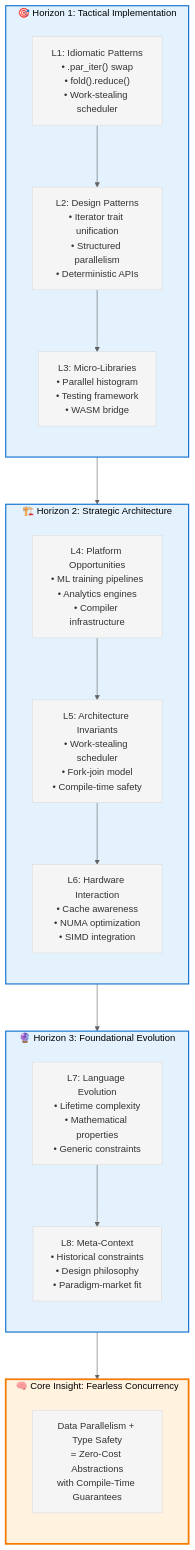
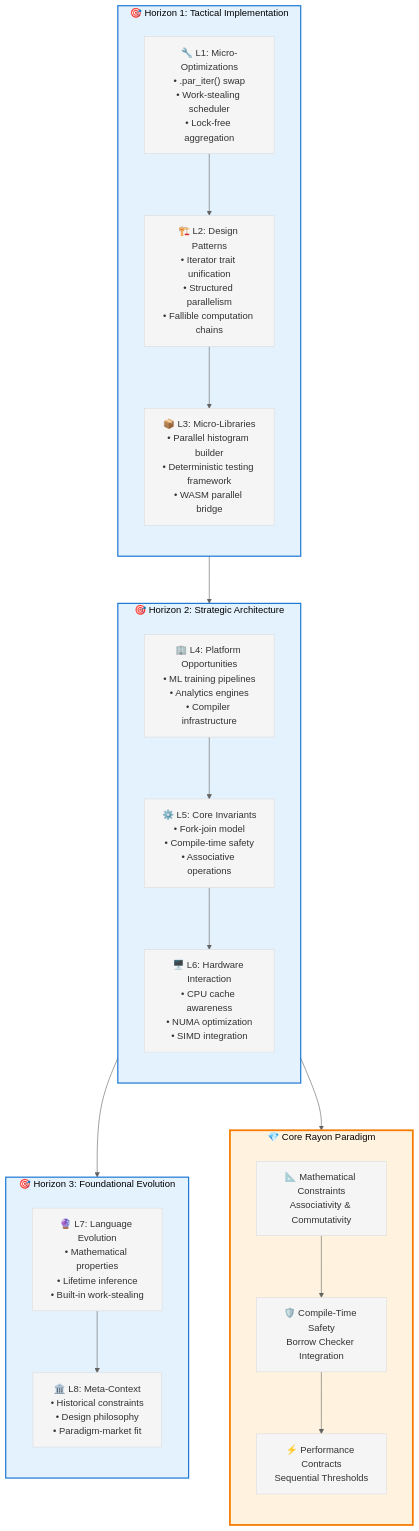
One commit to that-in-rust/pensieve-local-llm-server changed the diagram in gringotts/WorkArea/INGEST_20250930104957_300_6.md. Above: the diagram before and after it, drawn with Mermaid. The commit also changed other lines of this file and 5 other files, not shown here.

````diff
--- a/gringotts/WorkArea/INGEST_20250930104957_300_6.md
+++ b/gringotts/WorkArea/INGEST_20250930104957_300_6.md
@@ -107,60 +109,62 @@
 ```mermaid
 %%{init: {
   "theme": "base",
   "themeVariables": {
     "primaryColor": "#F5F5F5",
     "secondaryColor": "#E0E0E0",
     "lineColor": "#616161",
     "textColor": "#212121",
     "fontSize": "16px",
     "fontFamily": "Helvetica, Arial, sans-serif"
   },
   "flowchart": {
     "nodeSpacing": 70,
     "rankSpacing": 80,
     "wrappingWidth": 160,
     "curve": "basis"
   },
   "useMaxWidth": false
 }}%%
 
 flowchart TD
     subgraph H1 ["🎯 Horizon 1: Tactical Implementation"]
         direction TB
-        L1["L1: Idiomatic Patterns<br/>• .par_iter() swap<br/>• fold().reduce()<br/>• Work-stealing scheduler"]
-        L2["L2: Design Patterns<br/>• Iterator trait unification<br/>• Structured parallelism<br/>• Deterministic APIs"]
-        L3["L3: Micro-Libraries<br/>• Parallel histogram<br/>• Testing framework<br/>• WASM bridge"]
+        L1["🔧 L1: Micro-Optimizations<br/>• .par_iter() swap<br/>• Work-stealing scheduler<br/>• Lock-free aggregation"]
+        L2["🏗️ L2: Design Patterns<br/>• Iterator trait unification<br/>• Structured parallelism<br/>• Fallible computation chains"]
+        L3["📦 L3: Micro-Libraries<br/>• Parallel histogram builder<br/>• Deterministic testing framework<br/>• WASM parallel bridge"]
         L1 --> L2 --> L3
     end
 
-    subgraph H2 ["🏗️ Horizon 2: Strategic Architecture"]
+    subgraph H2 ["🎯 Horizon 2: Strategic Architecture"]
         direction TB
-        L4["L4: Platform Opportunities<br/>• ML training pipelines<br/>• Analytics engines<br/>• Compiler infrastructure"]
-        L5["L5: Architecture Invariants<br/>• Work-stealing scheduler<br/>• Fork-join model<br/>• Compile-time safety"]
-        L6["L6: Hardware Interaction<br/>• Cache awareness<br/>• NUMA optimization<br/>• SIMD integration"]
+        L4["🏢 L4: Platform Opportunities<br/>• ML training pipelines<br/>• Analytics engines<br/>• Compiler infrastructure"]
+        L5["⚙️ L5: Core Invariants<br/>• Fork-join model<br/>• Compile-time safety<br/>• Associative operations"]
+        L6["🖥️ L6: Hardware Interaction<br/>• CPU cache awareness<br/>• NUMA optimization<br/>• SIMD integration"]
         L4 --> L5 --> L6
     end
 
-    subgraph H3 ["🔮 Horizon 3: Foundational Evolution"]
+    subgraph H3 ["🎯 Horizon 3: Foundational Evolution"]
         direction TB
-        L7["L7: Language Evolution<br/>• Lifetime complexity<br/>• Mathematical properties<br/>• Generic constraints"]
-        L8["L8: Meta-Context<br/>• Historical constraints<br/>• Design philosophy<br/>• Paradigm-market fit"]
+        L7["🔮 L7: Language Evolution<br/>• Mathematical properties<br/>• Lifetime inference<br/>• Built-in work-stealing"]
+        L8["🏛️ L8: Meta-Context<br/>• Historical constraints<br/>• Design philosophy<br/>• Paradigm-market fit"]
         L7 --> L8
     end
 
-    H1 --> H2
-    H2 --> H3
-
-    subgraph CORE ["🧠 Core Insight: Fearless Concurrency"]
+    subgraph CORE ["💎 Core Rayon Paradigm"]
         direction TB
-        INSIGHT["Data Parallelism + Type Safety<br/>= Zero-Cost Abstractions<br/>with Compile-Time Guarantees"]
+        MATH["📐 Mathematical Constraints<br/>Associativity & Commutativity"]
+        SAFETY["🛡️ Compile-Time Safety<br/>Borrow Checker Integration"]
+        PERF["⚡ Performance Contracts<br/>Sequential Thresholds"]
+        
+        MATH --> SAFETY --> PERF
     end
 
-    H3 --> CORE
-
+    H1 --> H2 --> H3
+    H2 --> CORE
+    
     classDef horizonStyle fill:#E3F2FD,stroke:#1976D2,stroke-width:2px
     classDef coreStyle fill:#FFF3E0,stroke:#F57C00,stroke-width:3px
     
     class H1,H2,H3 horizonStyle
     class CORE coreStyle
 ```
````
